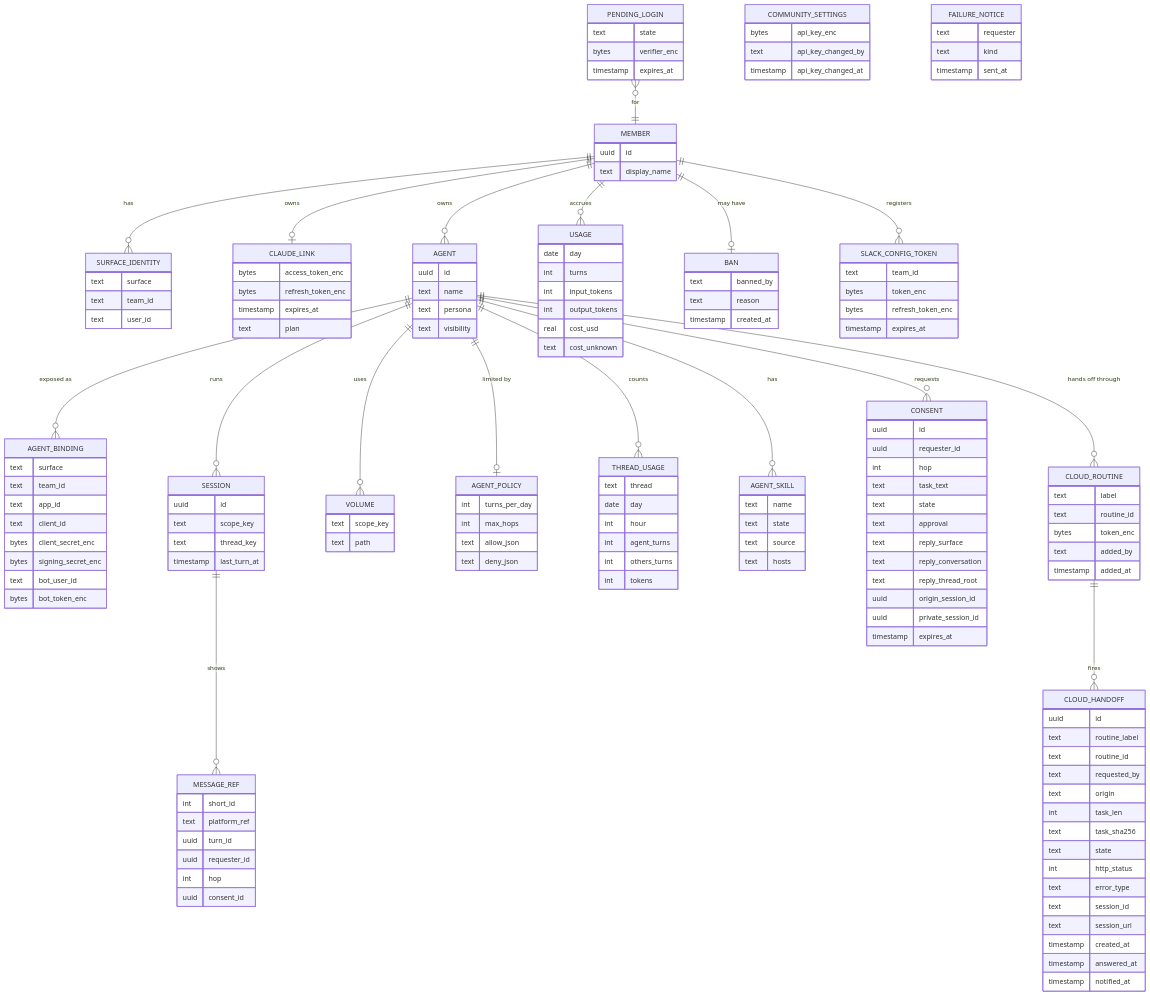
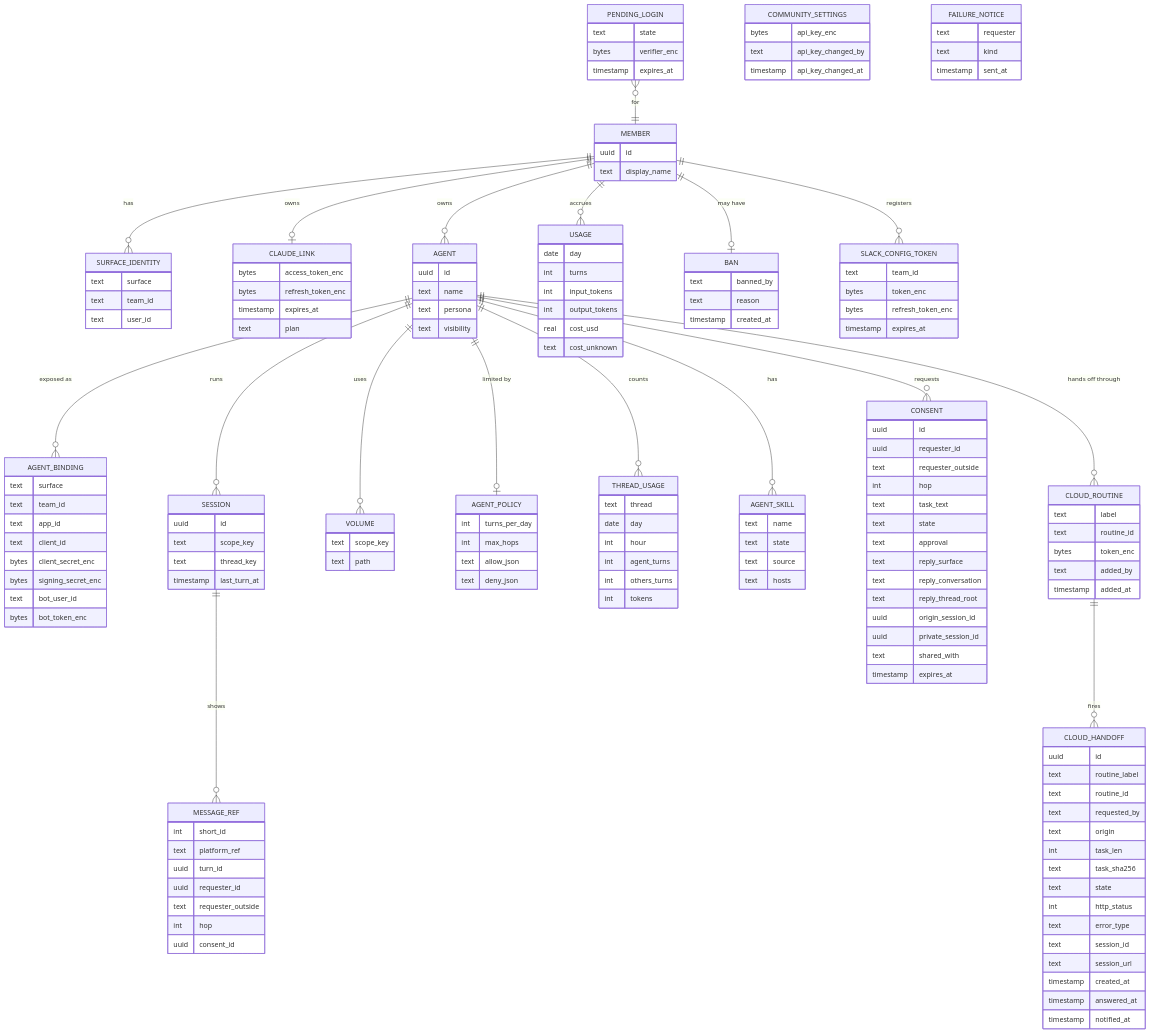
The eighth of 8 diagrams in docs/design.md (agentsky/agent-core), drawn with Mermaid before and after one commit. The commit also changed other lines of this file and 1 other file, not shown here.

```diff
--- a/docs/design.md
+++ b/docs/design.md
@@ -1095,12 +1101,14 @@
         text platform_ref
         uuid turn_id
         uuid requester_id
+        text requester_outside
         int hop
         uuid consent_id
     }
     CONSENT {
         uuid id
         uuid requester_id
+        text requester_outside
         int hop
         text task_text
         text state
@@ -1110,6 +1118,7 @@
         text reply_thread_root
         uuid origin_session_id
         uuid private_session_id
+        text shared_with
         timestamp expires_at
     }
     CLOUD_ROUTINE {
```
